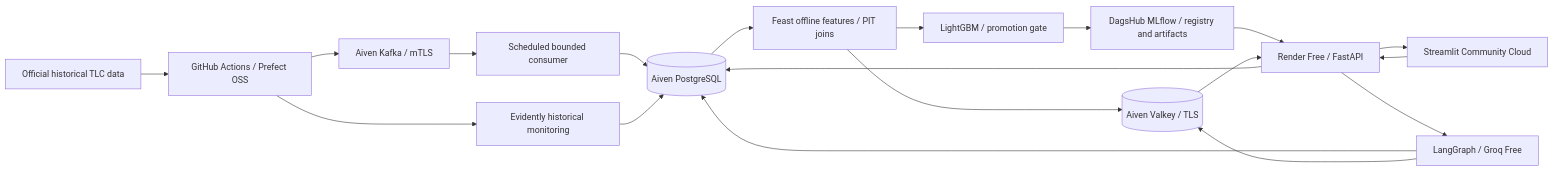
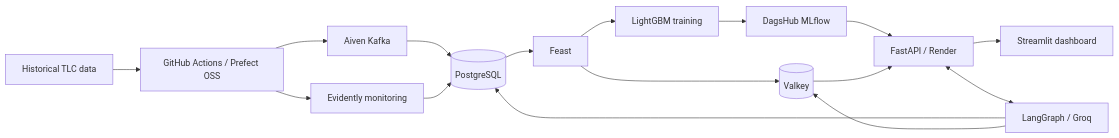
Before and after one commit to KhuzaimaHassan/logistics-forecasting-platform: the diagram in README.md, drawn with Mermaid. The commit also changed other lines of this file and 48 other files, not shown here.

````diff
--- a/README.md
+++ b/README.md
@@ -28,21 +54,18 @@
 ```mermaid
 flowchart LR
-    TLC[Official historical TLC data] --> JOB[GitHub Actions / Prefect OSS]
-    JOB --> K[Aiven Kafka / mTLS]
-    K --> CON[Scheduled bounded consumer]
-    CON --> PG[(Aiven PostgreSQL)]
-    PG --> F[Feast offline features / PIT joins]
-    F --> V[(Aiven Valkey / TLS)]
-    F --> TRAIN[LightGBM / promotion gate]
-    TRAIN --> ML[DagsHub MLflow / registry and artifacts]
-    ML --> API[Render Free / FastAPI]
+    TLC[Historical TLC data] --> JOB[GitHub Actions / Prefect OSS]
+    JOB --> K[Aiven Kafka]
+    K --> PG[(PostgreSQL)]
+    PG --> F[Feast]
+    F --> V[(Valkey)]
+    F --> TRAIN[LightGBM training]
+    TRAIN --> ML[DagsHub MLflow]
+    ML --> API[FastAPI / Render]
     V --> API
-    API --> PG
-    API --> UI[Streamlit Community Cloud]
-    UI --> API
-    API --> AG[LangGraph / Groq Free]
+    API --> UI[Streamlit dashboard]
+    API <--> AG[LangGraph / Groq]
     AG --> PG
     AG --> V
-    JOB --> MON[Evidently historical monitoring]
+    JOB --> MON[Evidently monitoring]
     MON --> PG
 ```
````
